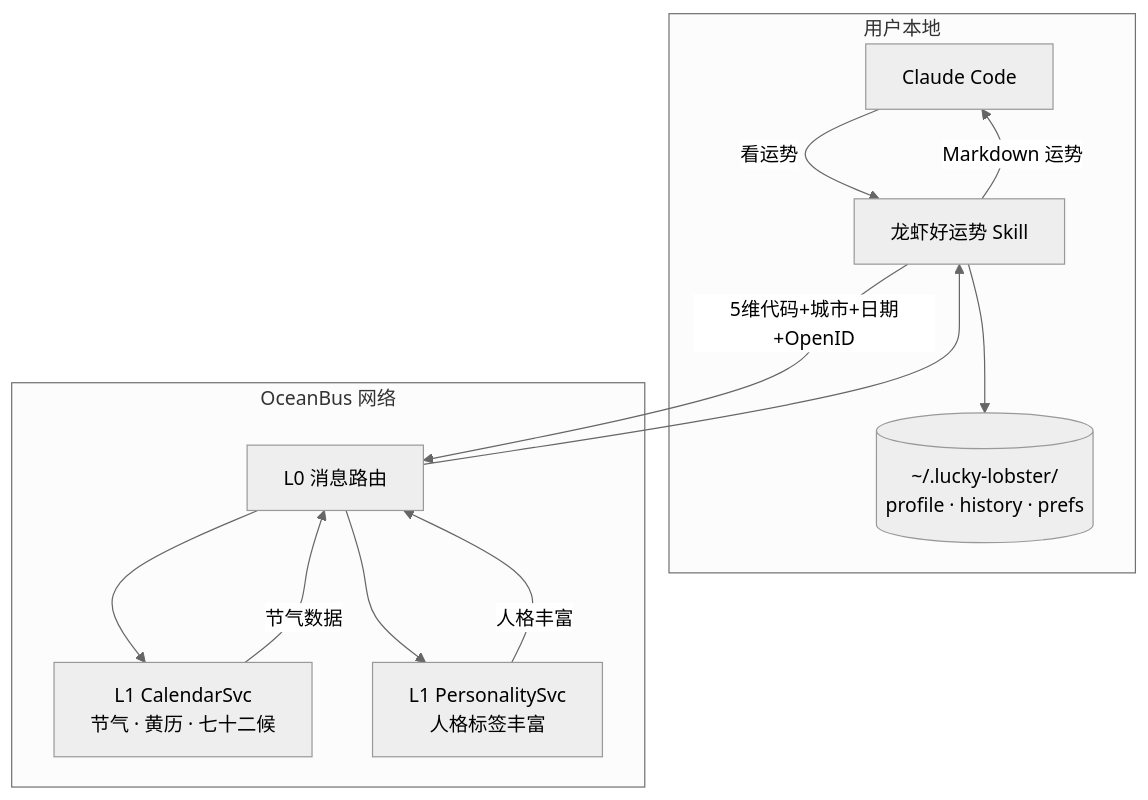
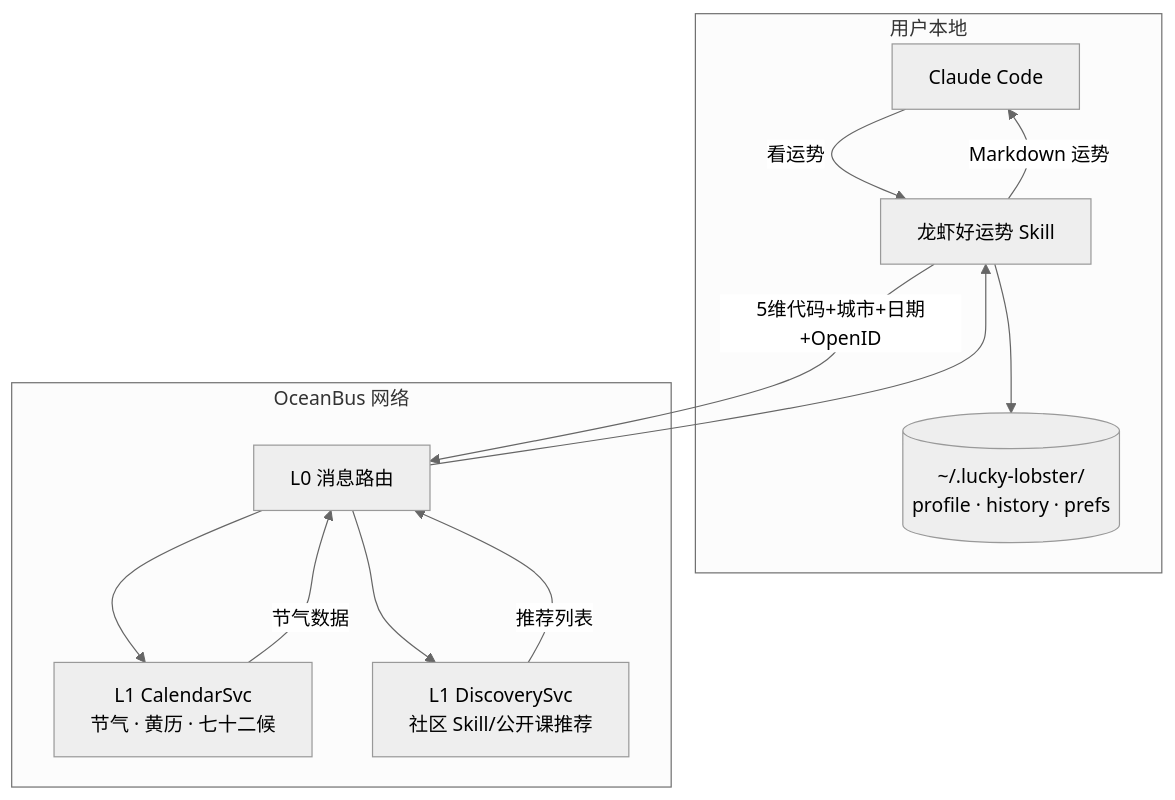
Before and after one commit to ryanbihai/lobster-haoyun: the diagram in README.md, drawn with Mermaid (neutral theme). The commit also changed other lines of this file and 9 other files, not shown here.

````diff
--- a/README.md
+++ b/README.md
@@ -77,22 +77,22 @@
 ```mermaid
 graph TB
     subgraph LOCAL["用户本地"]
         CC[Claude Code]
         SKILL[龙虾好运势 Skill]
         DATA[("~/.lucky-lobster/<br/>profile · history · prefs")]
     end
     subgraph OB["OceanBus 网络"]
         L0[L0 消息路由]
         L1_CAL[L1 CalendarSvc<br/>节气 · 黄历 · 七十二候]
-        L1_PER[L1 PersonalitySvc<br/>人格标签丰富]
+        L1_DISC[L1 DiscoverySvc<br/>社区 Skill/公开课推荐]
     end
     CC -->|"看运势"| SKILL
     SKILL --> DATA
     SKILL -->|"5维代码+城市+日期+OpenID"| L0
     L0 --> L1_CAL
-    L0 --> L1_PER
+    L0 --> L1_DISC
     L1_CAL -->|"节气数据"| L0
-    L1_PER -->|"人格丰富"| L0
+    L1_DISC -->|"推荐列表"| L0
     L0 --> SKILL
     SKILL -->|"Markdown 运势"| CC
 ```
````
